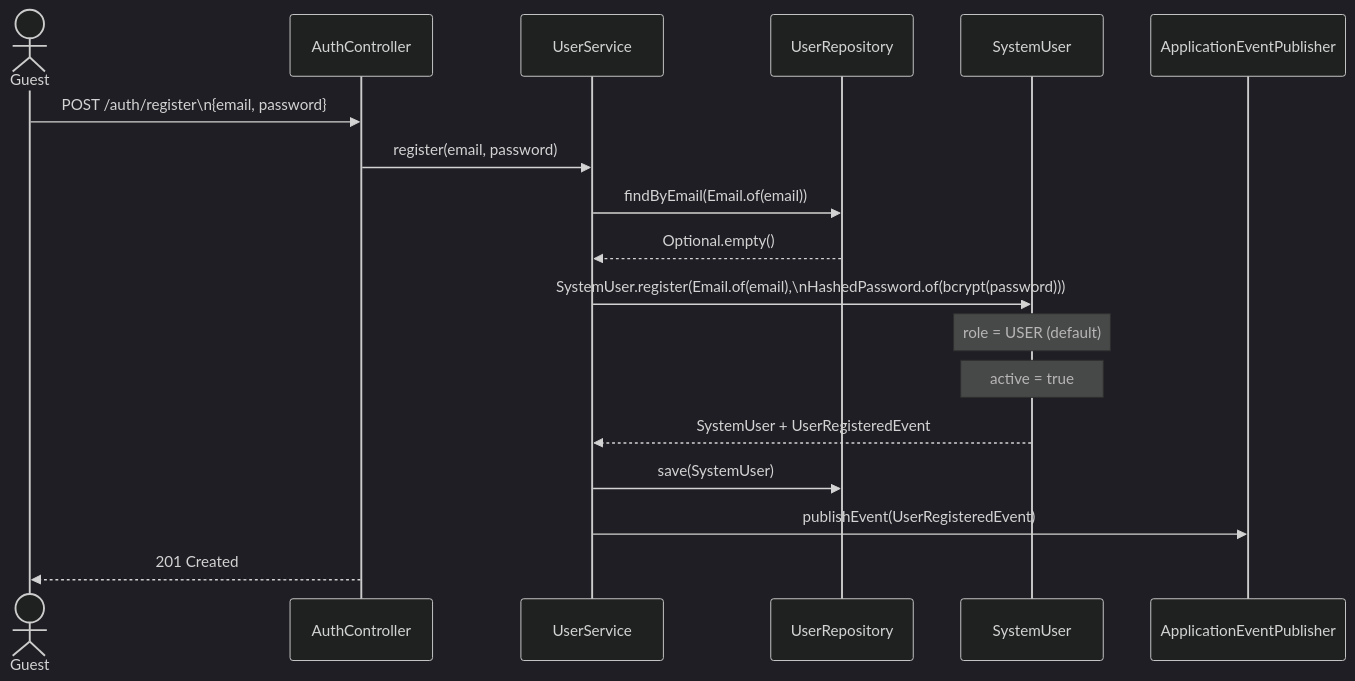
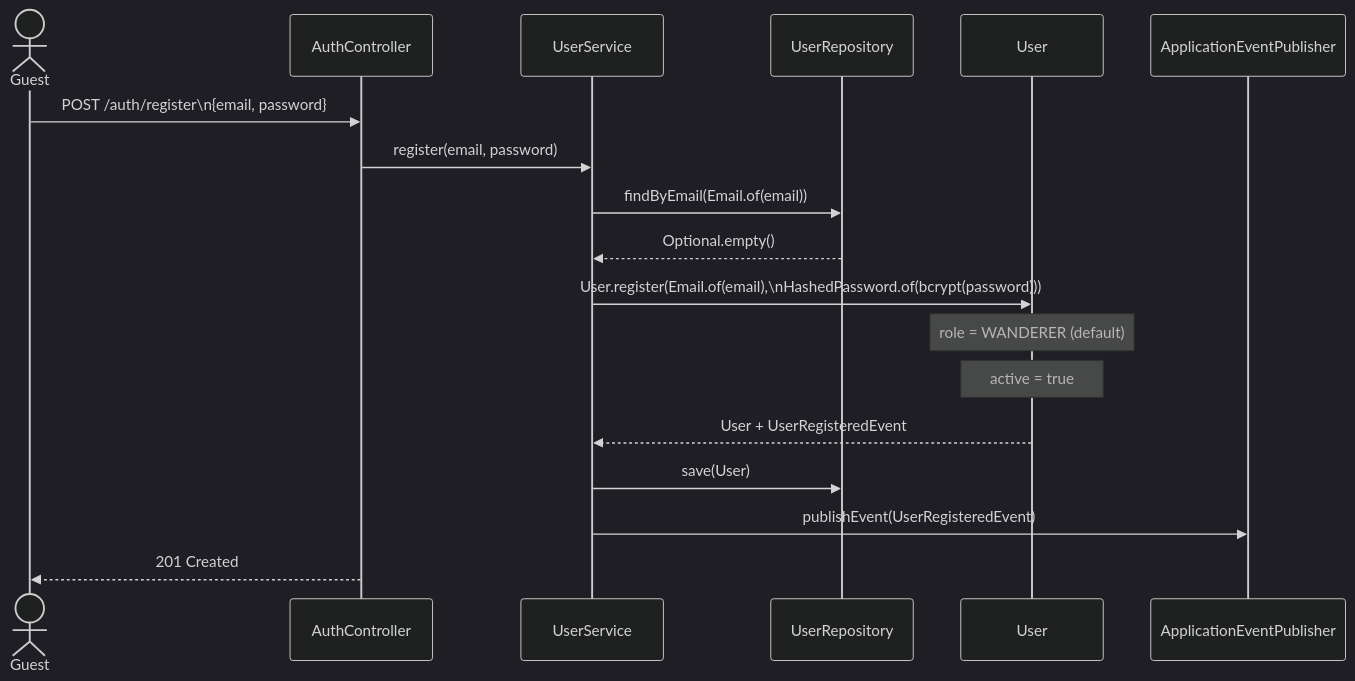
One commit to N3cro0o/MiASI-project-part-2 changed the eighth of 9 diagrams in plans/02-tactical.md. Above: the diagram before and after it, drawn with Mermaid (dark theme). The commit also changed other lines of this file and 1 other file, not shown here.

Commit message:
refactor: rename User role to Wanderer and add administrative direct-create feature to strategic and tactical plans

````diff
--- a/plans/02-tactical.md
+++ b/plans/02-tactical.md
@@ -625,25 +630,25 @@
 ```mermaid
 sequenceDiagram
     actor Guest
     participant AC as AuthController
     participant US as UserService
     participant UR as UserRepository
-    participant SU as SystemUser
+    participant SU as User
     participant PUB as ApplicationEventPublisher
 
     Guest->>AC: POST /auth/register\n{email, password}
 
     AC->>US: register(email, password)
     US->>UR: findByEmail(Email.of(email))
     UR-->>US: Optional.empty()
 
-    US->>SU: SystemUser.register(Email.of(email),\nHashedPassword.of(bcrypt(password)))
-    Note over SU: role = USER (default)
+    US->>SU: User.register(Email.of(email),\nHashedPassword.of(bcrypt(password)))
+    Note over SU: role = WANDERER (default)
     Note over SU: active = true
-    SU-->>US: SystemUser + UserRegisteredEvent
+    SU-->>US: User + UserRegisteredEvent
 
-    US->>UR: save(SystemUser)
+    US->>UR: save(User)
     US->>PUB: publishEvent(UserRegisteredEvent)
 
     AC-->>Guest: 201 Created
 ```
````
